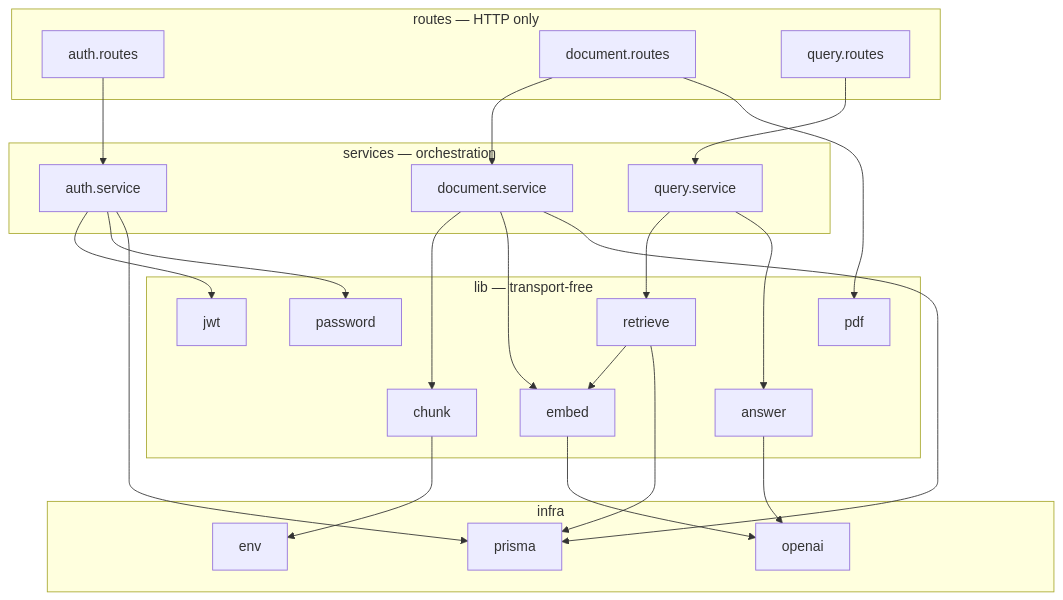
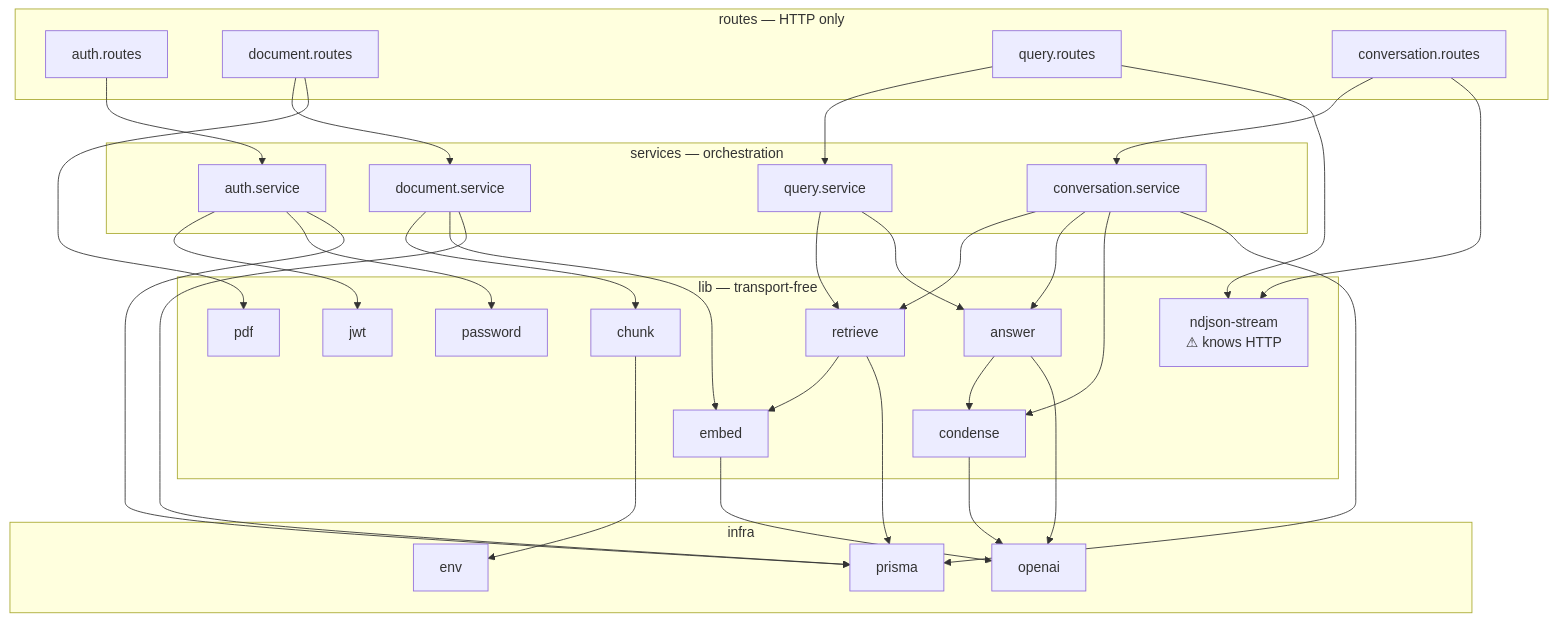
One commit to AbhishekSatyam96/rag-assistant changed the first of 7 diagrams in docs/lld.md. Above: the diagram before and after it, drawn with Mermaid. The commit also changed other lines of this file and 30 other files, not shown here.

````diff
--- a/docs/lld.md
+++ b/docs/lld.md
@@ -17,45 +17,58 @@
 ```mermaid
 flowchart TD
     subgraph routes["routes — HTTP only"]
         AR["auth.routes"]
         DR["document.routes"]
         QR["query.routes"]
+        CR["conversation.routes"]
     end
     subgraph services["services — orchestration"]
         AS["auth.service"]
         DS["document.service"]
         QS["query.service"]
+        CS["conversation.service"]
     end
     subgraph lib["lib — transport-free"]
         PD["pdf"]
         CH["chunk"]
         EM["embed"]
         RE["retrieve"]
         AN["answer"]
+        CO["condense"]
         JW["jwt"]
         PW["password"]
+        NS["ndjson-stream<br/>⚠ knows HTTP"]
     end
     subgraph infra["infra"]
         PR["prisma"]
         OA["openai"]
         EN["env"]
     end
 
     AR --> AS
     DR --> DS
     QR --> QS
+    CR --> CS
+    QR --> NS
+    CR --> NS
     DR --> PD
     AS --> JW
     AS --> PW
     DS --> CH
     DS --> EM
     QS --> RE
     QS --> AN
+    CS --> RE
+    CS --> AN
+    CS --> CO
+    CS --> PR
+    AN --> CO
     RE --> EM
     CH --> EN
     EM --> OA
     AN --> OA
+    CO --> OA
     RE --> PR
     DS --> PR
     AS --> PR
 ```
````
